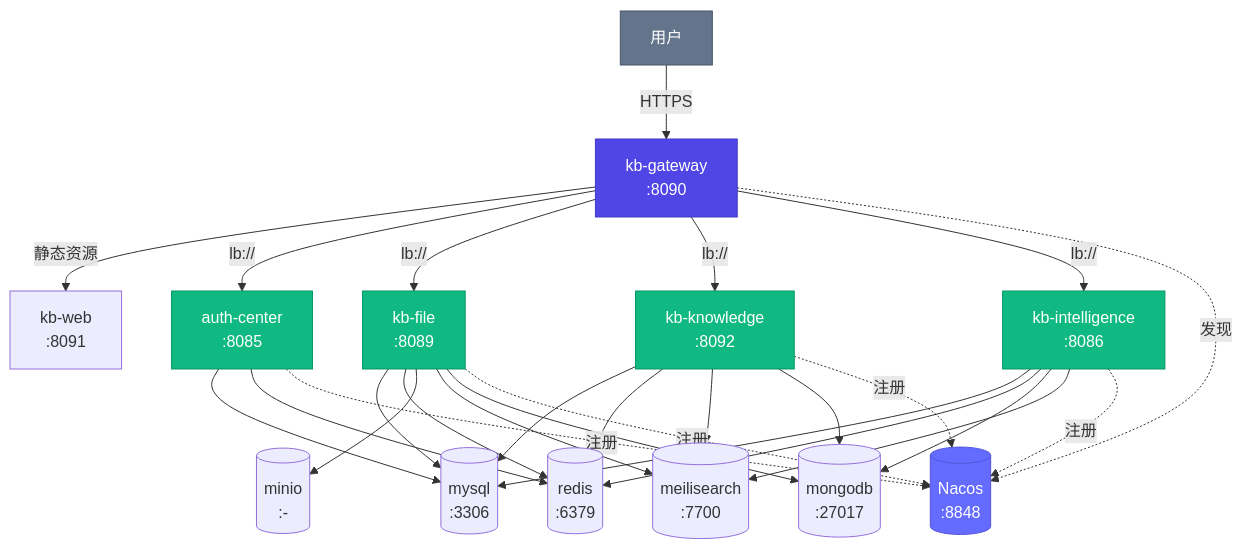
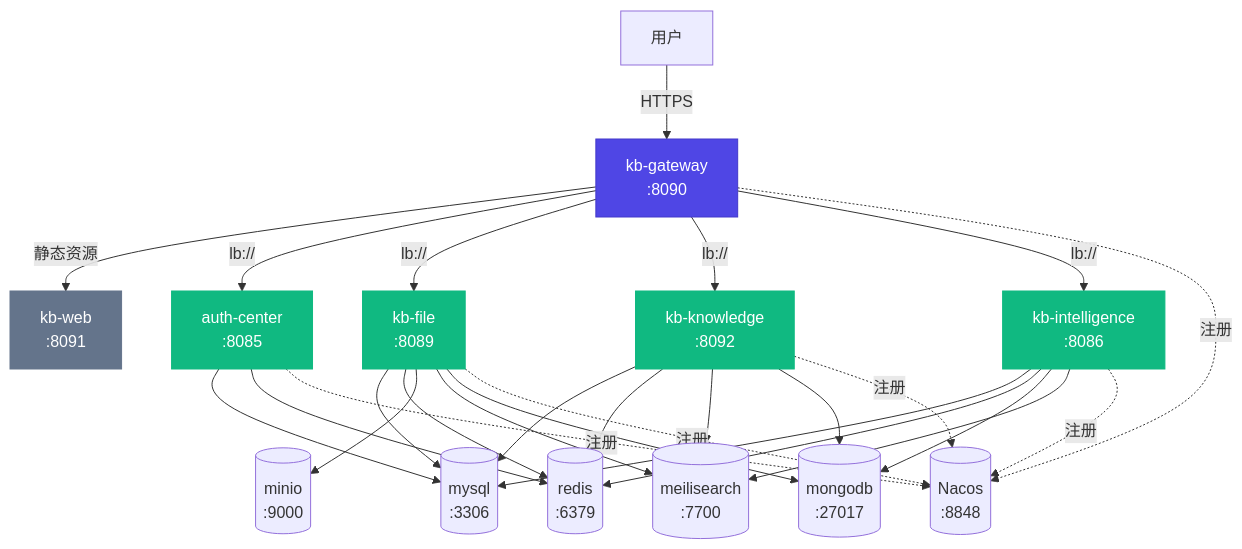
The diagram in mykng/docs/generated/模块契约文档.md (jonesAriven/devtools), drawn with Mermaid before and after one commit. The commit also changed other lines of this file and 24 other files, not shown here.

````diff
--- a/mykng/docs/generated/模块契约文档.md
+++ b/mykng/docs/generated/模块契约文档.md
@@ -141,54 +144,54 @@
 ```mermaid
 graph TD
 
     %% ===== 入口层 =====
-    KbWeb[kb-web<br/>:8091]
-    User[用户] -->|HTTPS| Gateway[kb-gateway<br/>:8090]
-    Gateway -->|静态资源| KbWeb
+    User[用户] -->|HTTPS| kbgateway[kb-gateway<br/>:8090]
+    kbgateway -->|静态资源| kbweb[kb-web<br/>:8091]
 
-    %% ===== 期望探针集（nacos-registered: true）=====
-    Gateway -->|lb://| AuthCenter[auth-center<br/>:8085]
-    Gateway -->|lb://| KbFile[kb-file<br/>:8089]
-    Gateway -->|lb://| KbKnowledge[kb-knowledge<br/>:8092]
-    Gateway -->|lb://| KbIntelligence[kb-intelligence<br/>:8086]
+    %% ===== 网关路由（lb://）=====
+    kbgateway -->|lb://| authcenter[auth-center<br/>:8085]
+    kbgateway -->|lb://| kbfile[kb-file<br/>:8089]
+    kbgateway -->|lb://| kbknowledge[kb-knowledge<br/>:8092]
+    kbgateway -->|lb://| kbintelligence[kb-intelligence<br/>:8086]
 
-    Mysql[(mysql<br/>:3306)]
-    Redis[(redis<br/>:6379)]
-    Minio[(minio<br/>:-)]
-    Meilisearch[(meilisearch<br/>:7700)]
-    Mongodb[(mongodb<br/>:27017)]
+    %% ===== 基础设施 =====
+    mysql[(mysql<br/>:3306)]
+    redis[(redis<br/>:6379)]
+    minio[(minio<br/>:9000)]
+    meilisearch[(meilisearch<br/>:7700)]
+    mongodb[(mongodb<br/>:27017)]
 
-    AuthCenter --> Mysql
-    AuthCenter --> Redis
-    KbFile --> Mysql
-    KbFile --> Redis
-    KbFile --> Minio
-    KbFile --> Meilisearch
-    KbFile --> Mongodb
-    KbKnowledge --> Mysql
-    KbKnowledge --> Redis
-    KbKnowledge --> Meilisearch
-    KbKnowledge --> Mongodb
-    KbIntelligence --> Mysql
-    KbIntelligence --> Redis
-    KbIntelligence --> Mongodb
-    KbIntelligence --> Meilisearch
+    %% ===== 模块依赖基础设施 =====
+    authcenter --> mysql
+    authcenter --> redis
+    kbfile --> mysql
+    kbfile --> redis
+    kbfile --> minio
+    kbfile --> meilisearch
+    kbfile --> mongodb
+    kbknowledge --> mysql
+    kbknowledge --> redis
+    kbknowledge --> meilisearch
+    kbknowledge --> mongodb
+    kbintelligence --> mysql
+    kbintelligence --> redis
+    kbintelligence --> mongodb
+    kbintelligence --> meilisearch
 
     %% ===== 服务发现 =====
     Nacos[(Nacos<br/>:8848)]
-    AuthCenter -.注册.-> Nacos
-    KbFile -.注册.-> Nacos
-    KbKnowledge -.注册.-> Nacos
-    KbIntelligence -.注册.-> Nacos
-    Gateway -.发现.-> Nacos
+    kbgateway -.注册.-> Nacos
+    authcenter -.注册.-> Nacos
+    kbfile -.注册.-> Nacos
+    kbknowledge -.注册.-> Nacos
+    kbintelligence -.注册.-> Nacos
 
     %% ===== 样式 =====
-    style Gateway fill:#4f46e5,color:#fff,stroke:#4338ca
-    style User fill:#64748b,color:#fff,stroke:#475569
-    style Nacos fill:#646cff,color:#fff,stroke:#5355d8
-    style AuthCenter fill:#10b981,color:#fff,stroke:#059669
-    style KbFile fill:#10b981,color:#fff,stroke:#059669
-    style KbKnowledge fill:#10b981,color:#fff,stroke:#059669
-    style KbIntelligence fill:#10b981,color:#fff,stroke:#059669
+    style kbgateway fill:#4f46e5,color:#fff,stroke:#4338ca
+    style authcenter fill:#10b981,color:#fff,stroke:#10b981
+    style kbfile fill:#10b981,color:#fff,stroke:#10b981
+    style kbknowledge fill:#10b981,color:#fff,stroke:#10b981
+    style kbintelligence fill:#10b981,color:#fff,stroke:#10b981
+    style kbweb fill:#64748b,color:#fff,stroke:#64748b
 
 ```
````
